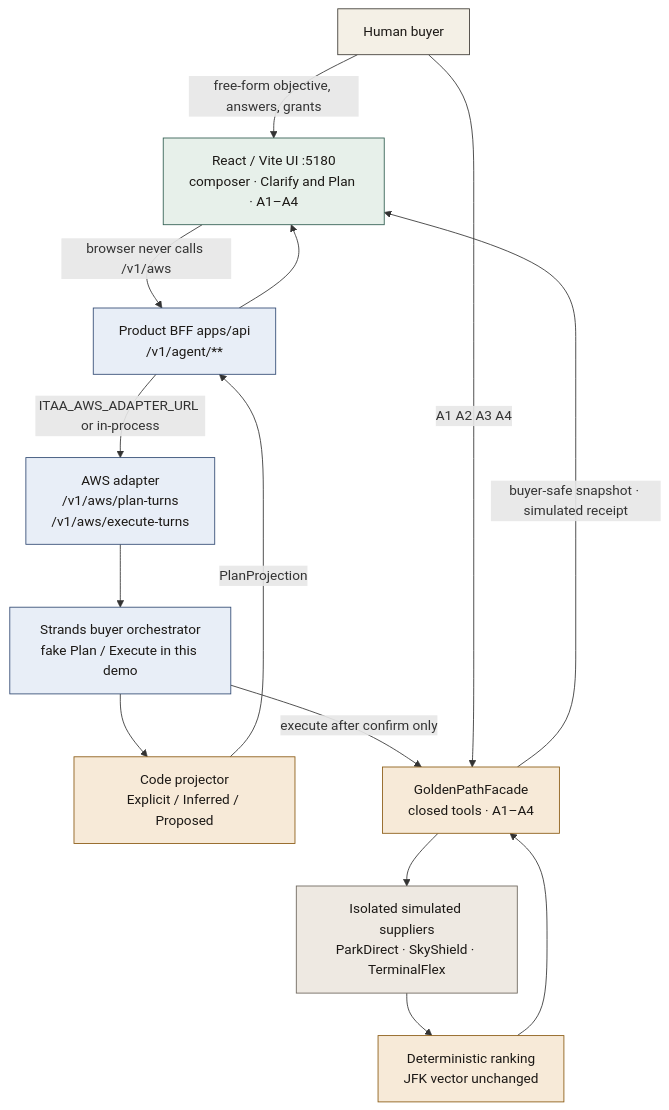
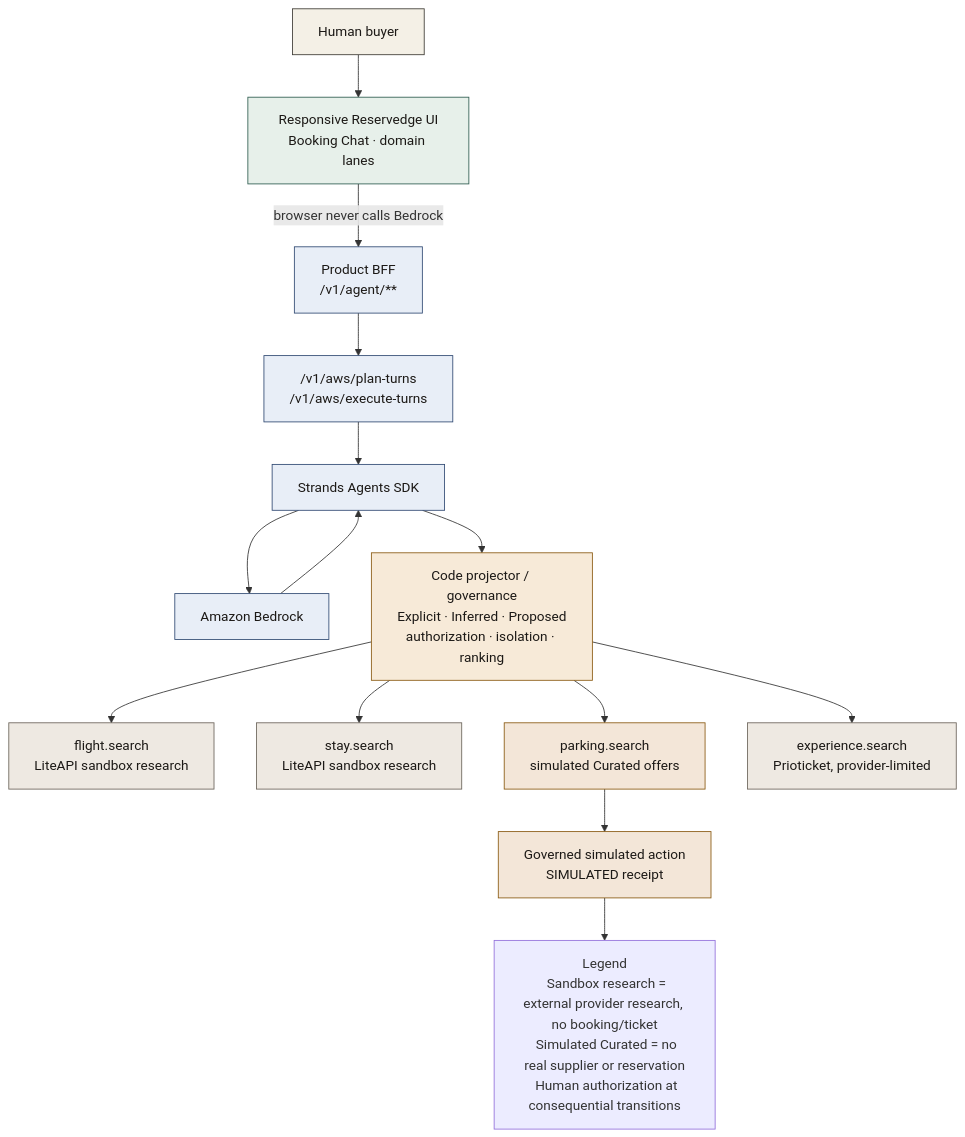
The diagram in docs/demo-aws/architecture.mmd (Nexcache-Limited/reservedge-agents-for-humans), drawn with Mermaid before and after one commit. The commit also changed 59 other files, not shown here.

```diff
--- a/docs/demo-aws/architecture.mmd
+++ b/docs/demo-aws/architecture.mmd
@@ -1,40 +1,52 @@
-%% Reservedge — Intent-to-Action booking agent — AWS Agents for Humans architecture (fake-mode demo).
+%% Reservedge — Intent-to-Action booking agent — AWS Agents for Humans
 %% Rendered asset: architecture.svg
-%% Fake-mode recording default. Local live Plan UAT is documented separately. AgentCore not deployed.
+%% Hosted staging uses live Bedrock. AgentCore is not deployed.
 
 flowchart TB
   human["Human buyer"]
-  ui["React / Vite UI :5180<br/>composer · Clarify and Plan · A1–A4"]
-  bff["Product BFF apps/api<br/>/v1/agent/**"]
-  adapter["AWS adapter<br/>/v1/aws/plan-turns<br/>/v1/aws/execute-turns"]
-  strands["Strands buyer orchestrator<br/>fake Plan / Execute in this demo"]
-  projector["Code projector<br/>Explicit / Inferred / Proposed"]
-  facade["GoldenPathFacade<br/>closed tools · A1–A4"]
-  rank["Deterministic ranking<br/>JFK vector unchanged"]
-  sims["Isolated simulated suppliers<br/>ParkDirect · SkyShield · TerminalFlex"]
+  ui["Responsive Reservedge UI<br/>Booking Chat · domain lanes"]
+  bff["Product BFF<br/>/v1/agent/**"]
+  aws["/v1/aws/plan-turns<br/>/v1/aws/execute-turns"]
+  strands["Strands Agents SDK"]
+  bedrock["Amazon Bedrock"]
+  code["Code projector / governance<br/>Explicit · Inferred · Proposed<br/>authorization · isolation · ranking"]
 
-  human -->|"free-form objective, answers, grants"| ui
-  ui -->|"browser never calls /v1/aws"| bff
-  bff -->|"ITAA_AWS_ADAPTER_URL or in-process"| adapter
-  adapter --> strands
-  strands --> projector
-  projector -->|"PlanProjection"| bff
-  bff --> ui
-  strands -->|"execute after confirm only"| facade
-  human -->|"A1 A2 A3 A4"| facade
-  facade --> sims
-  sims --> rank
-  rank --> facade
-  facade -->|"buyer-safe snapshot · simulated receipt"| ui
+  flight["flight.search<br/>LiteAPI sandbox research"]
+  stay["stay.search<br/>LiteAPI sandbox research"]
+  parking["parking.search<br/>simulated Curated offers"]
+  experience["experience.search<br/>Prioticket, provider-limited"]
+  receipt["Governed simulated action<br/>SIMULATED receipt"]
+
+  human --> ui
+  ui -->|"browser never calls Bedrock"| bff
+  bff --> aws
+  aws --> strands
+  strands --> bedrock
+  bedrock --> strands
+  strands --> code
+  code --> flight
+  code --> stay
+  code --> parking
+  code --> experience
+  parking --> receipt
+
+  legend["Legend
+  Sandbox research = external provider research, no booking/ticket
+  Simulated Curated = no real supplier or reservation
+  Human authorization at consequential transitions"]
+
+  receipt --> legend
 
   classDef human fill:#f4f0e6,stroke:#3d3a34,color:#1c1916
   classDef ui fill:#e7f0ea,stroke:#2f5d50,color:#1c1916
   classDef aws fill:#e8eef7,stroke:#314a73,color:#1c1916
   classDef gov fill:#f7ead8,stroke:#8a5a12,color:#1c1916
-  classDef sim fill:#eee9e2,stroke:#6b645b,color:#1c1916
+  classDef cap fill:#eee9e2,stroke:#6b645b,color:#1c1916
+  classDef sim fill:#f3e6d8,stroke:#8a5a12,color:#1c1916
 
   class human human
   class ui ui
-  class bff,adapter,strands aws
-  class projector,facade,rank gov
-  class sims sim
+  class bff,aws,strands,bedrock aws
+  class code gov
+  class flight,stay,experience cap
+  class parking,receipt sim
```
